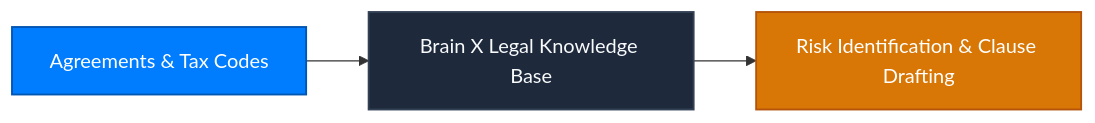
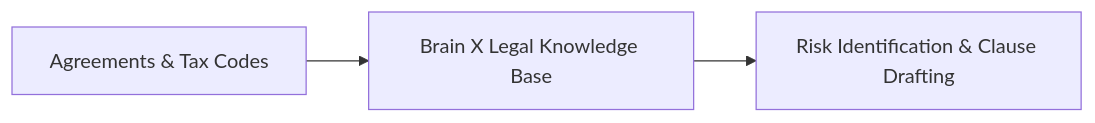
The diagram in use-cases/legal-and-tax.mdx (Connex-Brothers-Consulting-Group/cbcg-hs-connex-docs), drawn with Mermaid before and after one commit. The commit also changed 24 other files, not shown here.

Commit message:
fix(docs): restore Lucide card icons, enforce transparent Mermaid line-art, add Cryptographic Kill Switch, and refine quiet luxury banner

````diff
--- a/use-cases/legal-and-tax.mdx
+++ b/use-cases/legal-and-tax.mdx
@@ -9,9 +9,5 @@
 ```mermaid
 graph LR
-    classDef primary fill:#007CFF,stroke:#0056B3,stroke-width:1.5px,color:#FFFFFF;
-    classDef enterprise fill:#1E293B,stroke:#334155,stroke-width:1.5px,color:#F8FAFC;
-    classDef warning fill:#D97706,stroke:#B45309,stroke-width:1.5px,color:#FFFFFF;
-
-    Contract["Agreements & Tax Codes"]:::primary --> Brain["Brain X Legal Knowledge Base"]:::enterprise
-    Brain --> Audit["Risk Identification & Clause Drafting"]:::warning
+Contract["Agreements & Tax Codes"] --> Brain["Brain X Legal Knowledge Base"]
+    Brain --> Audit["Risk Identification & Clause Drafting"]
 ```
````
